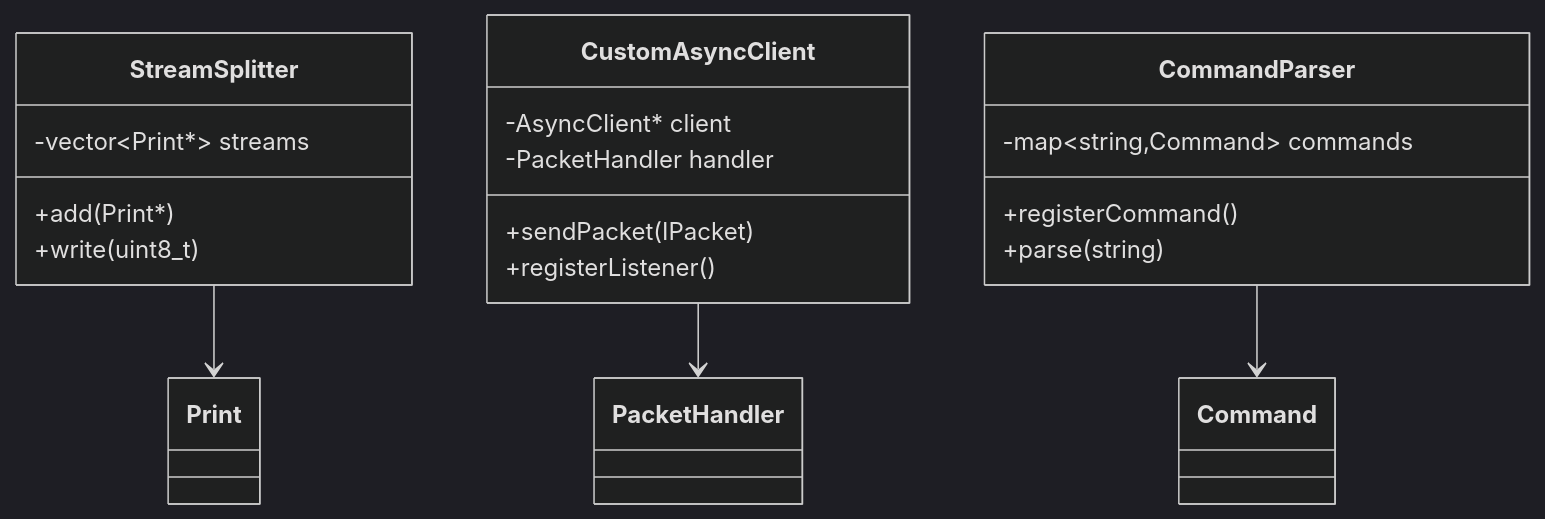
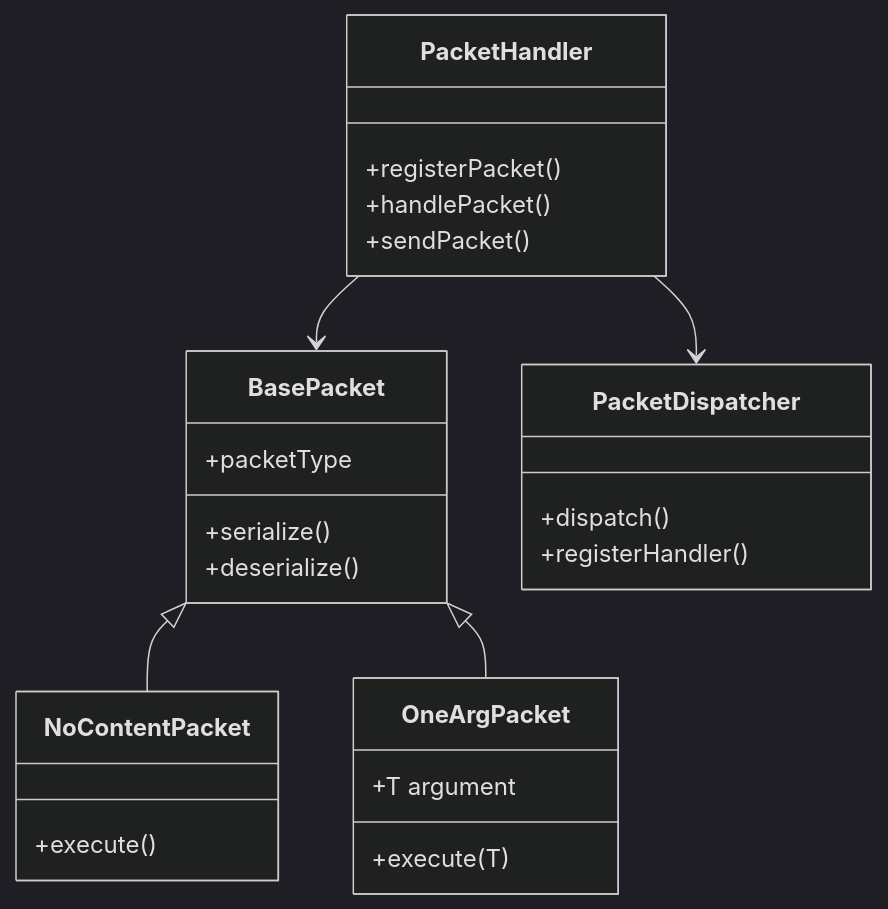
Diagram 12 of 20 in ARCHITECTURE.md (FogozIV/PAMITeensy), drawn with Mermaid (dark theme) before and after one commit. The commit also changed other lines of this file, not shown here.

Commit message:
Architecture update

````diff
--- a/ARCHITECTURE.md
+++ b/ARCHITECTURE.md
@@ -236,25 +441,33 @@
 ```mermaid
 classDiagram
-    class StreamSplitter {
-        -vector~Print*~ streams
-        +add(Print*)
-        +write(uint8_t)
+    class PacketHandler {
+        +registerPacket()
+        +handlePacket()
+        +sendPacket()
     }
     
-    class CustomAsyncClient {
-        -AsyncClient* client
-        -PacketHandler handler
-        +sendPacket(IPacket)
-        +registerListener()
+    class BasePacket {
+        +packetType
+        +serialize()
+        +deserialize()
     }
     
-    class CommandParser {
-        -map~string,Command~ commands
-        +registerCommand()
-        +parse(string)
+    class NoContentPacket {
+        +execute()
     }
     
-    StreamSplitter --> Print
-    CustomAsyncClient --> PacketHandler
-    CommandParser --> Command
+    class OneArgPacket {
+        +T argument
+        +execute(T)
+    }
+    
+    class PacketDispatcher {
+        +dispatch()
+        +registerHandler()
+    }
+    
+    PacketHandler --> BasePacket
+    PacketHandler --> PacketDispatcher
+    BasePacket <|-- NoContentPacket
+    BasePacket <|-- OneArgPacket
 ```
````
